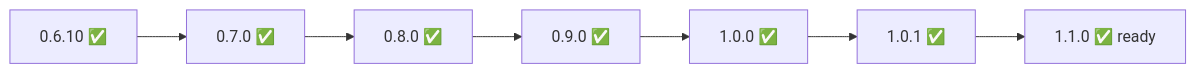
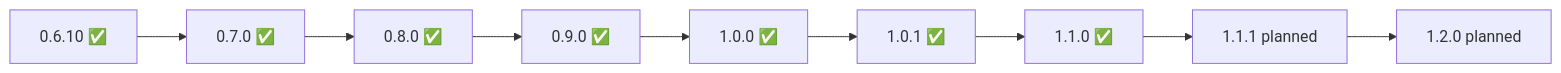
The diagram in ROADMAP.md (hrodrig/pgwd), drawn with Mermaid before and after one commit. The commit also changed other lines of this file and 3 other files, not shown here.

First line of the commit message:
docs(roadmap): add plan-1.1.1 and plan-1.2.x bands

````diff
--- a/ROADMAP.md
+++ b/ROADMAP.md
@@ -19,9 +19,11 @@
 ```mermaid
 flowchart LR
   A["0.6.10 ✅"] --> B["0.7.0 ✅"]
   B --> C["0.8.0 ✅"]
   C --> D["0.9.0 ✅"]
   D --> E["1.0.0 ✅"]
   E --> F["1.0.1 ✅"]
-  F --> G["1.1.0 ✅ ready"]
+  F --> G["1.1.0 ✅"]
+  G --> H["1.1.1 planned"]
+  H --> I["1.2.0 planned"]
 ```
````
